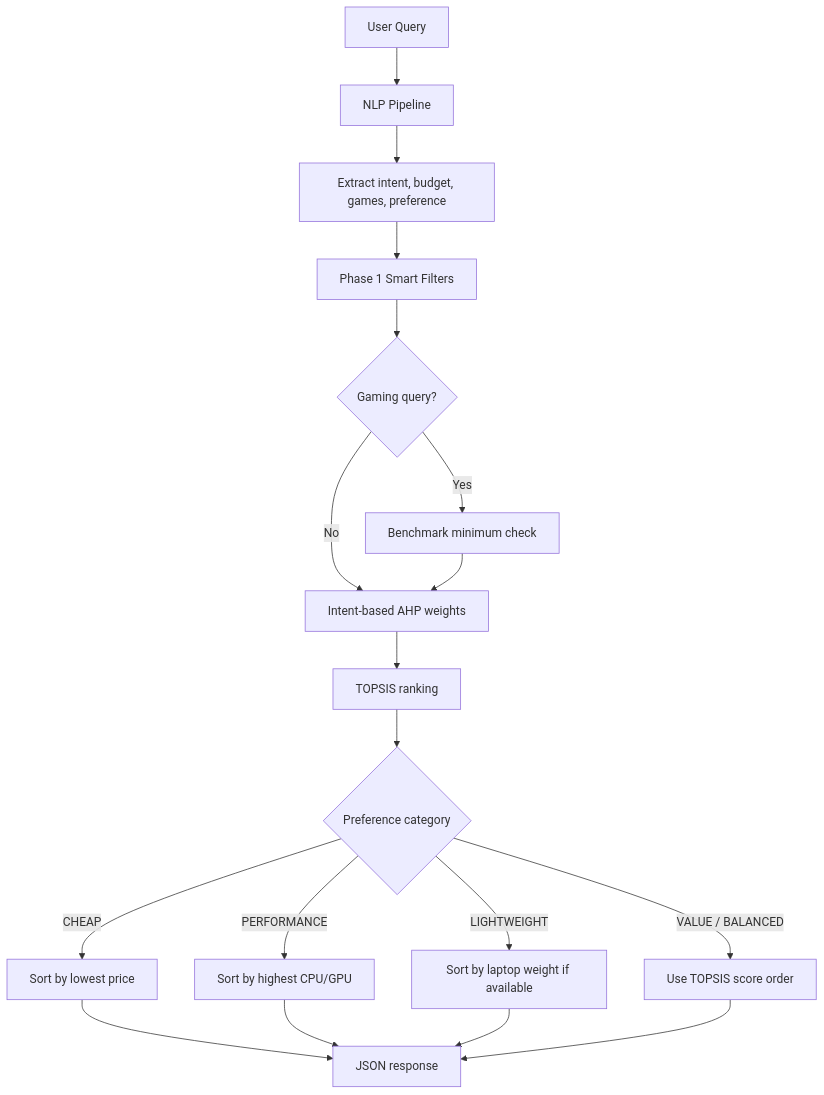
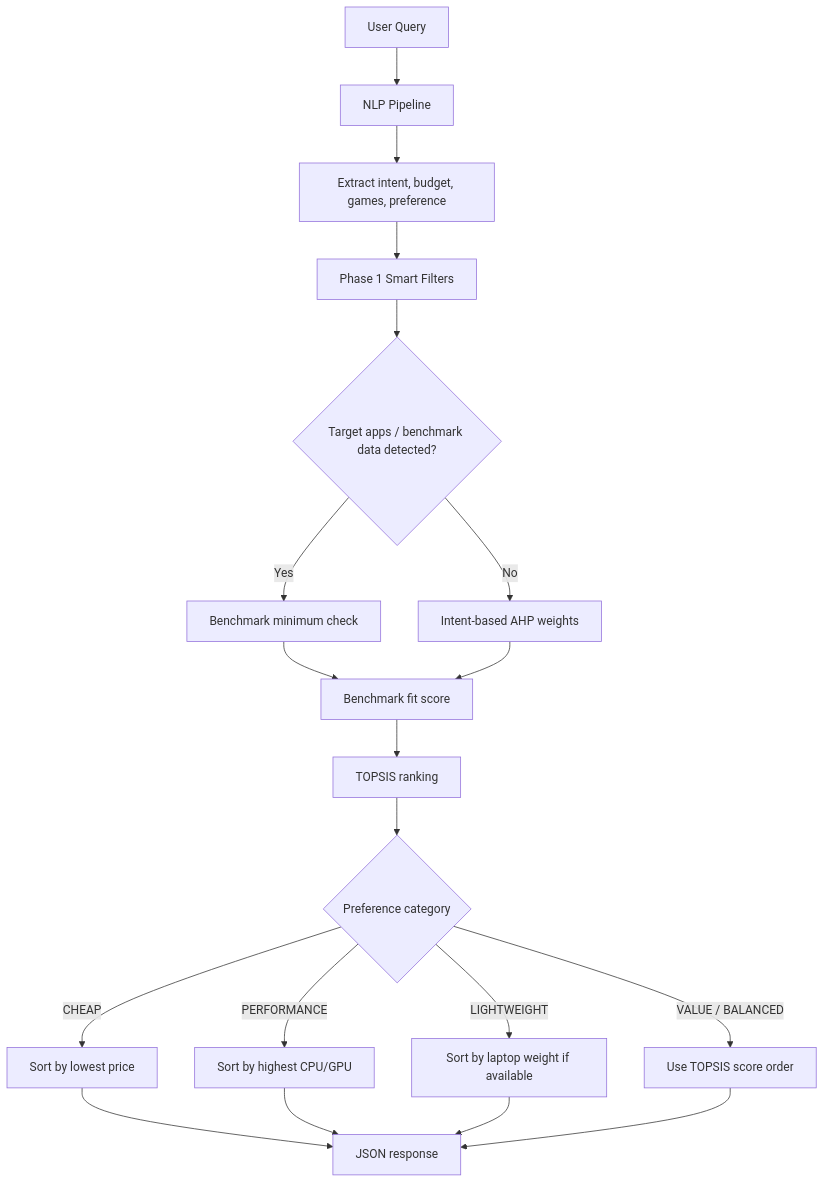
One commit to Fahrawi/Rekomendasi-Laptop-NLP changed the diagram in README.md. Above: the diagram before and after it, drawn with Mermaid. The commit also changed other lines of this file, not shown here.

````diff
--- a/README.md
+++ b/README.md
@@ -34,20 +34,21 @@
 ```mermaid
 flowchart TD
   A[User Query] --> B[NLP Pipeline]
   B --> C[Extract intent, budget, games, preference]
   C --> D[Phase 1 Smart Filters]
-  D --> E{Gaming query?}
+  D --> E{Target apps / benchmark data detected?}
   E -- Yes --> F[Benchmark minimum check]
   E -- No --> G[Intent-based AHP weights]
-  F --> G
-  G --> H[TOPSIS ranking]
-  H --> I{Preference category}
-  I -- CHEAP --> J[Sort by lowest price]
-  I -- PERFORMANCE --> K[Sort by highest CPU/GPU]
-  I -- LIGHTWEIGHT --> L[Sort by laptop weight if available]
-  I -- VALUE / BALANCED --> M[Use TOPSIS score order]
-  J --> N[JSON response]
-  K --> N
-  L --> N
-  M --> N
+  F --> H[Benchmark fit score]
+  G --> H
+  H --> I[TOPSIS ranking]
+  I --> J{Preference category}
+  J -- CHEAP --> K[Sort by lowest price]
+  J -- PERFORMANCE --> L[Sort by highest CPU/GPU]
+  J -- LIGHTWEIGHT --> M[Sort by laptop weight if available]
+  J -- VALUE / BALANCED --> N[Use TOPSIS score order]
+  K --> O[JSON response]
+  L --> O
+  M --> O
+  N --> O
 ```
````
